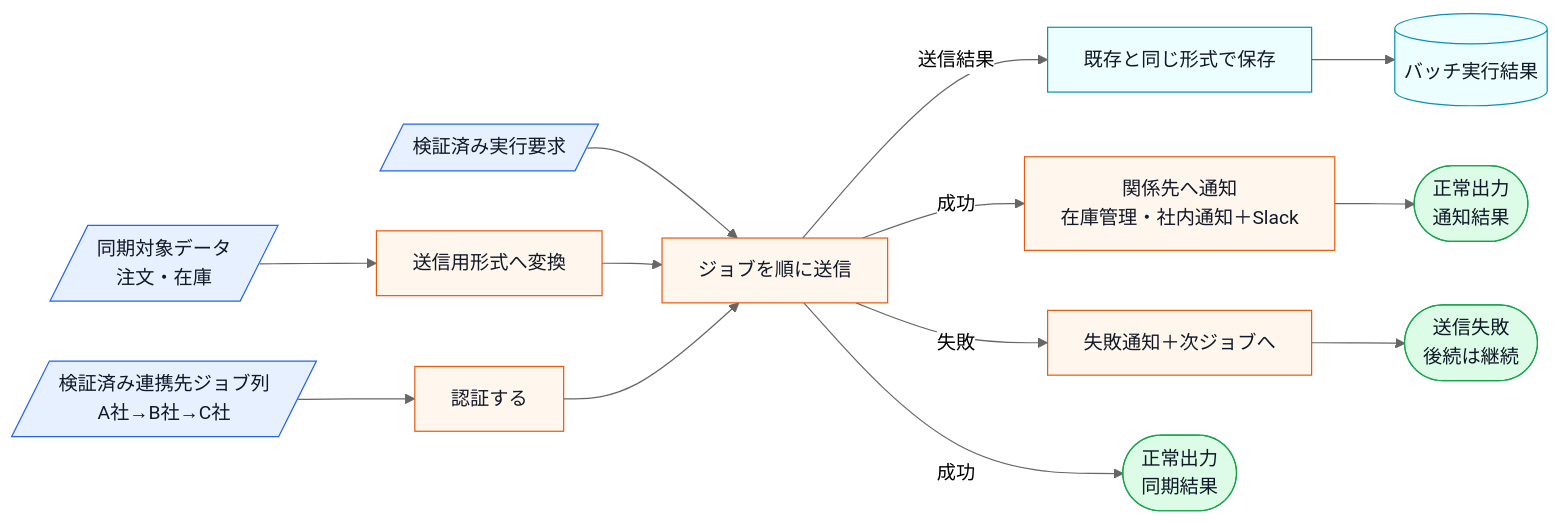
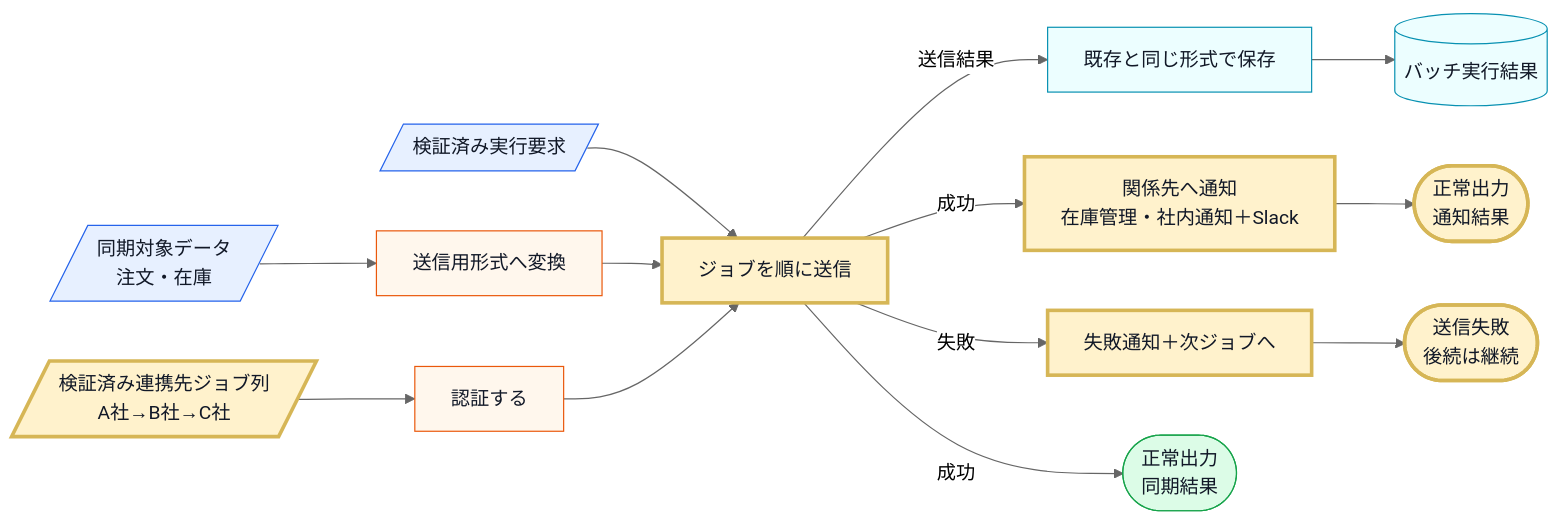
Before and after one commit to kumachan1101-pixel/DesignPattern: the fourth of 17 diagrams in kindle/design-patterns/output/chapter10.md, drawn with Mermaid (neutral theme). The commit also changed other lines of this file and 23 other files, not shown here.

````diff
--- a/kindle/design-patterns/output/chapter10.md
+++ b/kindle/design-patterns/output/chapter10.md
@@ -828,21 +840,23 @@
 ```mermaid
 flowchart LR
     A[/検証済み連携先ジョブ列<br>A社→B社→C社/]:::input --> G[認証する]:::process
     C[/同期対象データ<br>注文・在庫/]:::input --> D[送信用形式へ変換]:::process
     E[/検証済み実行要求/]:::input --> H
     D --> H[ジョブを順に送信]:::process
     G --> H
     H -->|送信結果| R[既存と同じ形式で保存]:::stable
     R --> S[(バッチ実行結果)]:::stable
     H -->|成功| I[関係先へ通知<br>在庫管理・社内通知＋Slack]:::process
     H -->|失敗| L[失敗通知＋次ジョブへ]:::process
     H -->|成功| J([正常出力<br>同期結果]):::normal
     I --> K([正常出力<br>通知結果]):::normal
     L --> M([送信失敗<br>後続は継続]):::normal
 
     classDef input fill:#e7f0ff,stroke:#2563eb,color:#111827;
     classDef process fill:#fff7ed,stroke:#ea580c,color:#111827;
     classDef decision fill:#fef9c3,stroke:#ca8a04,color:#111827;
     classDef normal fill:#dcfce7,stroke:#16a34a,color:#111827;
     classDef stable fill:#ecfeff,stroke:#0891b2,color:#111827;
+    classDef changed fill:#fff2cc,stroke:#d6b656,stroke-width:3px,color:#111827;
+    class A,H,I,L,K,M changed;
 ```
````
